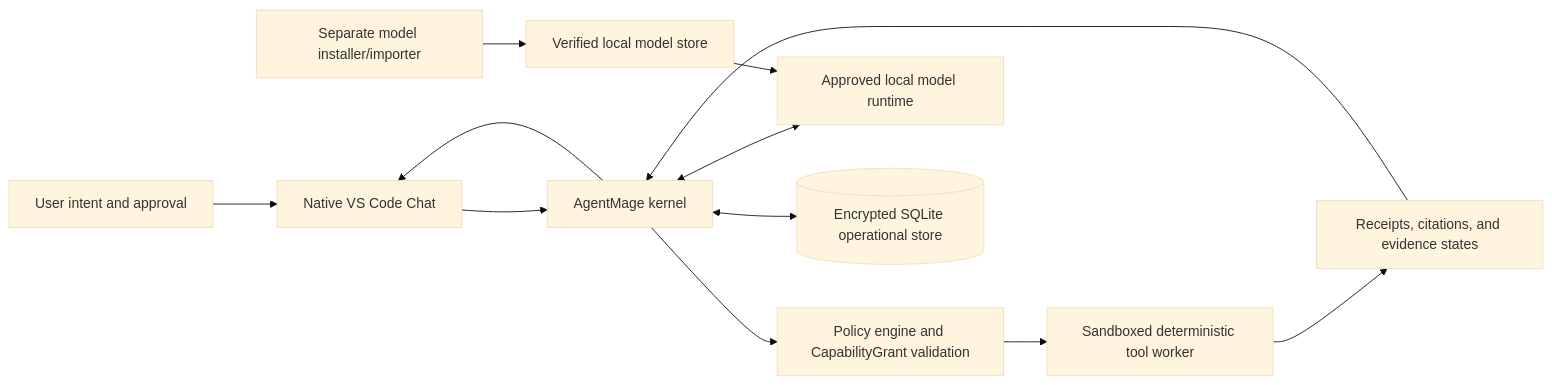
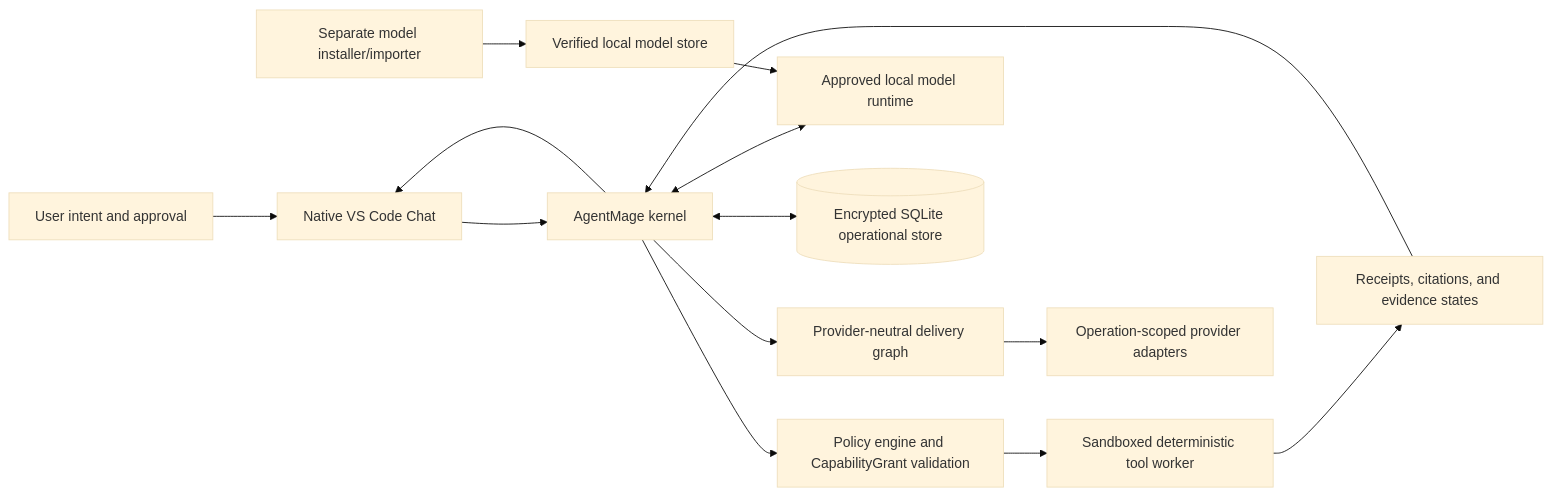
Before and after one commit to AaronNHorvitz/AgentMage: the first of 3 diagrams in README.md, drawn with Mermaid (base theme). The commit also changed other lines of this file and 32 other files, not shown here.

````diff
--- a/README.md
+++ b/README.md
@@ -57,14 +73,16 @@
 ```mermaid
 flowchart LR
     U["User intent and approval"] --> V["Native VS Code Chat"]
     V --> K["AgentMage kernel"]
     K --> P["Policy engine and CapabilityGrant validation"]
     K <--> M["Approved local model runtime"]
     P --> T["Sandboxed deterministic tool worker"]
     T --> E["Receipts, citations, and evidence states"]
     E --> K
     K <--> S[("Encrypted SQLite operational store")]
     K --> V
     I["Separate model installer/importer"] --> A["Verified local model store"]
     A --> M
+    K --> D["Provider-neutral delivery graph"]
+    D --> C["Operation-scoped provider adapters"]
 ```
````
